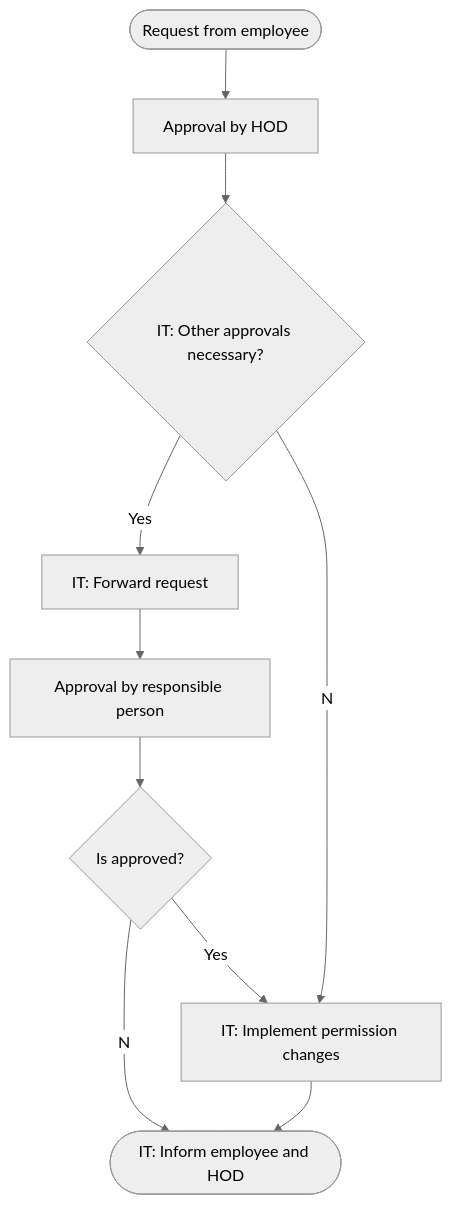
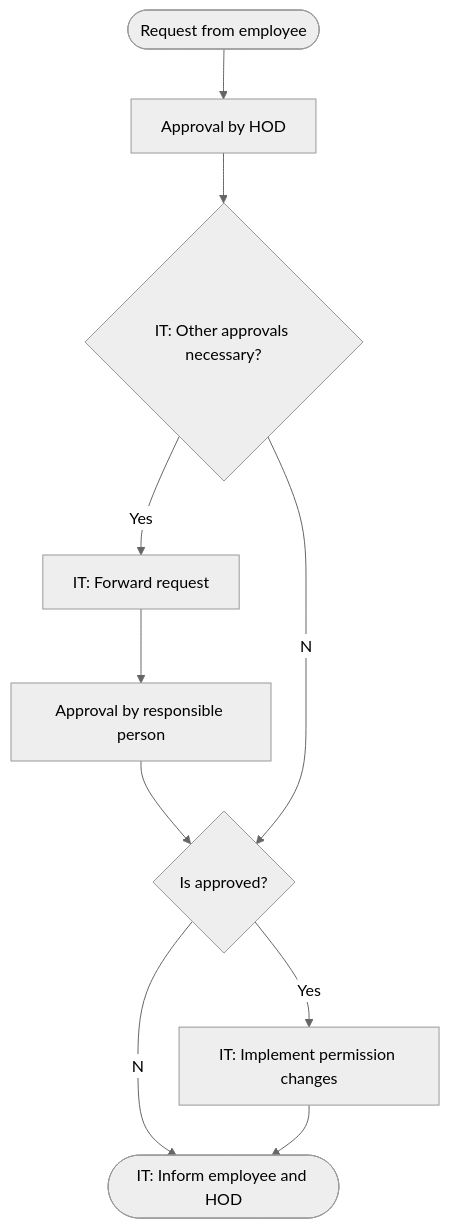
Before and after one commit to Karaka-Management/Organization-Guide: the diagram in Policies & Guidelines/IT/Permission Change Management.md, drawn with Mermaid (neutral theme).

Commit message:
Update Permission Change Management.md

````diff
--- a/Policies & Guidelines/IT/Permission Change Management.md
+++ b/Policies & Guidelines/IT/Permission Change Management.md
@@ -3,12 +3,12 @@
 ```mermaid
 graph TD;
   REQUEST([Request from employee])-->APPROVAL_HOD[Approval by HOD];
   APPROVAL_HOD-->IT_CHECKS{IT: Other approvals necessary?};
   IT_CHECKS--Yes-->FORWARD[IT: Forward request];
   FORWARD-->APPROVAL_RESPONSIBLE[Approval by responsible person];
   APPROVAL_RESPONSIBLE-->VALIDATE{Is approved?};
+  IT_CHECKS--No-->VALIDATE;
   VALIDATE--Yes-->IMPLEMENT[IT: Implement permission changes];
   VALIDATE--No-->INFORM([IT: Inform employee and HOD]);
-  IT_CHECKS--No-->IMPLEMENT;
   IMPLEMENT-->INFORM;
 ```
````
